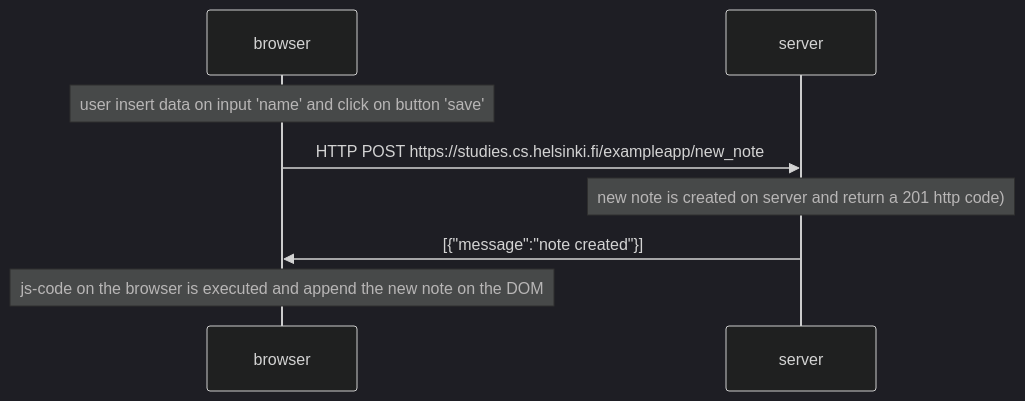
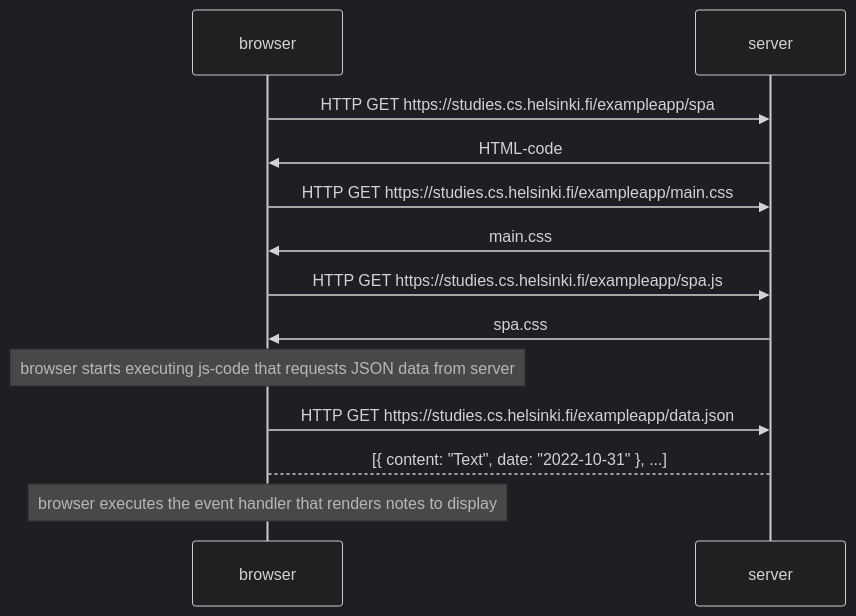
The diagram in Part0/0.5.md (fghinzelli/fullstackopen), drawn with Mermaid (dark theme) before and after one commit.

Commit message:
Finish exercise 0.5

````diff
--- a/Part0/0.5.md
+++ b/Part0/0.5.md
@@ -1,10 +1,15 @@
 ```mermaid
 sequenceDiagram
     participant browser
-    Note over browser: user insert data on input 'name' and click on button 'save'
     participant server
-    browser->>server: HTTP POST https://studies.cs.helsinki.fi/exampleapp/new_note
-    Note over server: new note is created on server and return a 201 http code)
-    server->>browser: [{"message":"note created"}]
-    Note over browser: js-code on the browser is executed and append the new note on the DOM
+    browser->>server: HTTP GET https://studies.cs.helsinki.fi/exampleapp/spa
+    server->>browser: HTML-code
+    browser->>server: HTTP GET https://studies.cs.helsinki.fi/exampleapp/main.css
+    server->>browser: main.css
+    browser->>server: HTTP GET https://studies.cs.helsinki.fi/exampleapp/spa.js
+    server->>browser: spa.css
+    Note over browser: browser starts executing js-code that requests JSON data from server
+    browser->>server: HTTP GET https://studies.cs.helsinki.fi/exampleapp/data.json
+    server-->browser: [{ content: "Text", date: "2022-10-31" }, ...]
+    Note over browser: browser executes the event handler that renders notes to display
 ```
````
